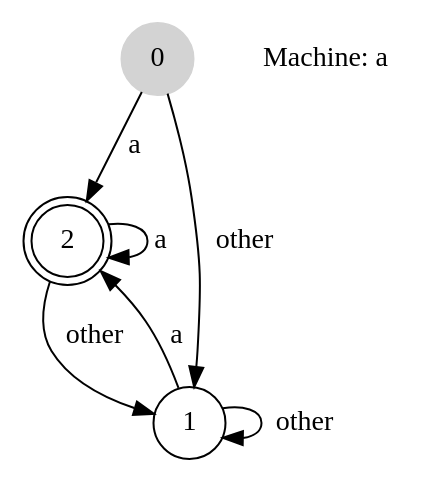
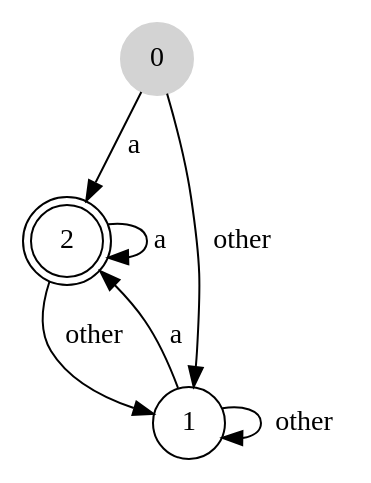
The second of 2 diagrams in content/post/asciidoc-preview.adoc (penglei/penglei.github.io), drawn with Graphviz before and after one commit. The commit also changed other lines of this file and 10 other files, not shown here.

```diff
--- a/content/post/asciidoc-preview.adoc
+++ b/content/post/asciidoc-preview.adoc
@@ -279,16 +272,15 @@
 [graphviz, format="svg"]
 ---------------------------------------------------------------------
 digraph automata_0 {
   size ="8.5, 11";
   node [shape = circle];
   0 [ style = filled, color=lightgrey ];
   2 [ shape = doublecircle ];
   0 -> 2 [ label = "a " ];
   0 -> 1 [ label = "other " ];
   1 -> 2 [ label = "a " ];
   1 -> 1 [ label = "other " ];
   2 -> 2 [ label = "a " ];
   2 -> 1 [ label = "other " ];
-  "Machine: a" [ shape = plaintext ];
 }
 ---------------------------------------------------------------------
```
